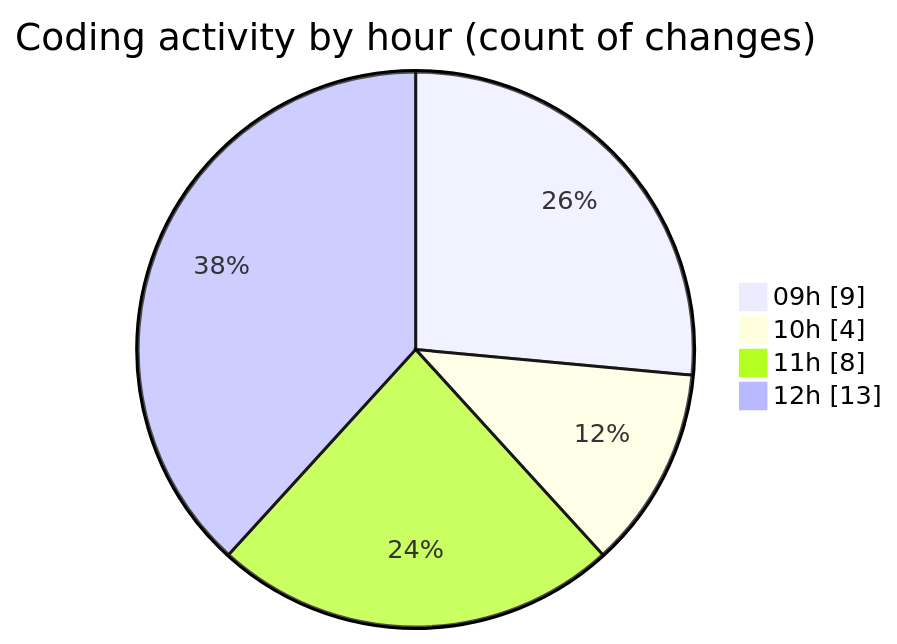
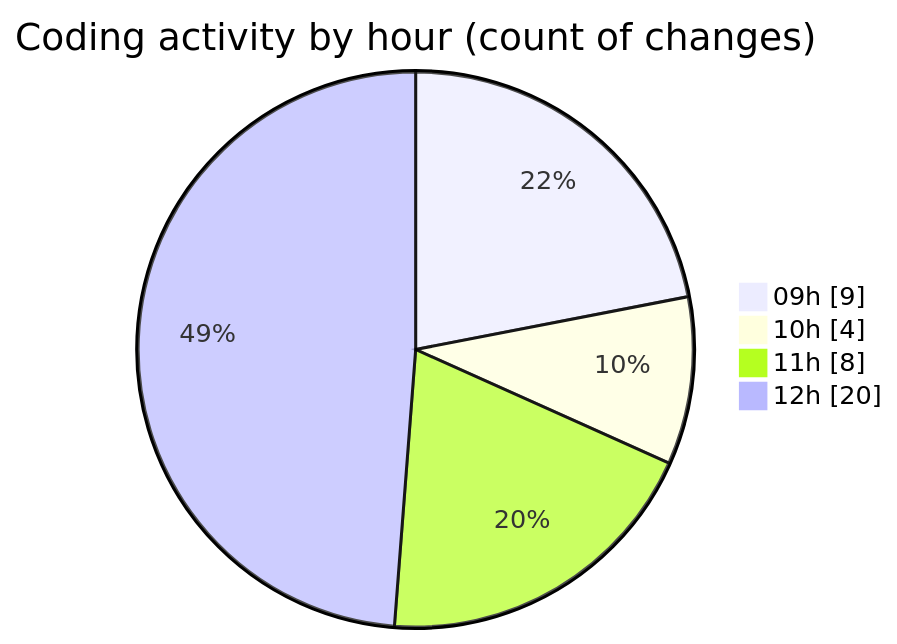
Before and after one commit to momahboobian/code-tracking: the second of 2 diagrams in 2026-01-09/cda/README.md, drawn with Mermaid. The commit also changed other lines of this file and 1 other file, not shown here.

````diff
--- a/2026-01-09/cda/README.md
+++ b/2026-01-09/cda/README.md
@@ -34,8 +36,8 @@
 ```mermaid
 pie showData
 title Coding activity by hour (count of changes)
 "09h" : 9
 "10h" : 4
 "11h" : 8
-"12h" : 13
+"12h" : 20
 ```
````
